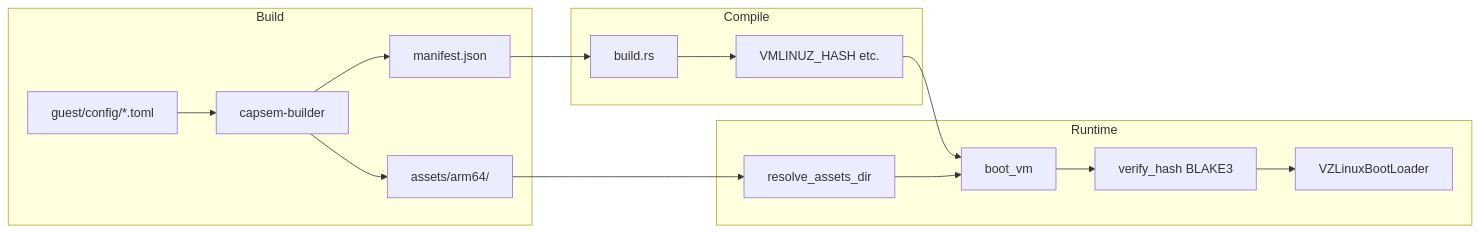
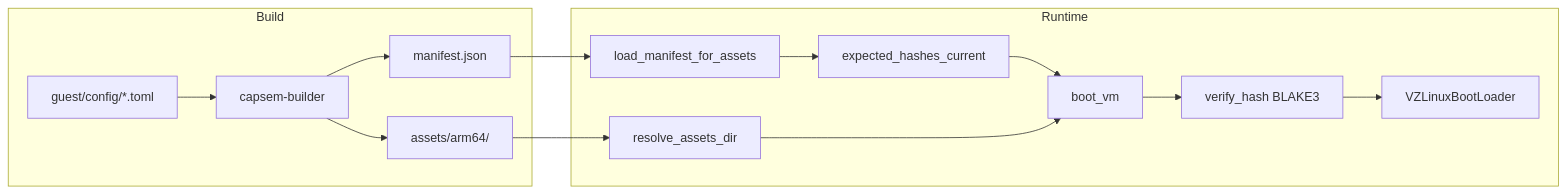
The diagram in docs/src/content/docs/architecture/asset-pipeline.md (google/capsem), drawn with Mermaid before and after one commit. The commit also changed other lines of this file and 3 other files, not shown here.

````diff
--- a/docs/src/content/docs/architecture/asset-pipeline.md
+++ b/docs/src/content/docs/architecture/asset-pipeline.md
@@ -177,21 +178,18 @@
 ```mermaid
 flowchart LR
     subgraph Build
         TOML[guest/config/*.toml] --> Builder[capsem-builder]
         Builder --> Assets[assets/arm64/]
         Builder --> Checksums[manifest.json]
     end
 
-    subgraph Compile
-        Checksums --> BuildRS[build.rs]
-        BuildRS --> EnvVars[VMLINUZ_HASH etc.]
-    end
-
     subgraph Runtime
-        EnvVars --> Boot[boot_vm]
+        Checksums --> LoadManifest[load_manifest_for_assets]
+        LoadManifest --> ExpectedHashes[expected_hashes_current]
+        ExpectedHashes --> Boot[boot_vm]
         Assets --> Resolve[resolve_assets_dir]
         Resolve --> Boot
         Boot --> Verify[verify_hash BLAKE3]
         Verify --> VZ[VZLinuxBootLoader]
     end
 ```
````
